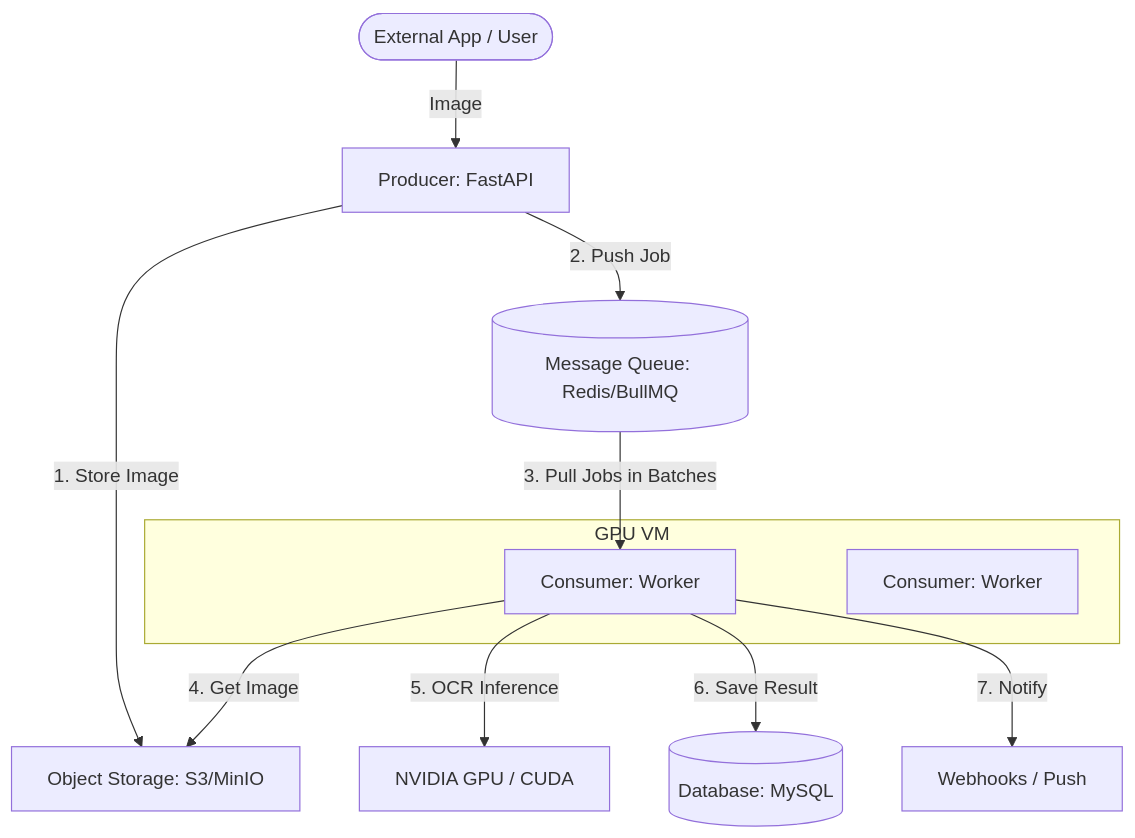
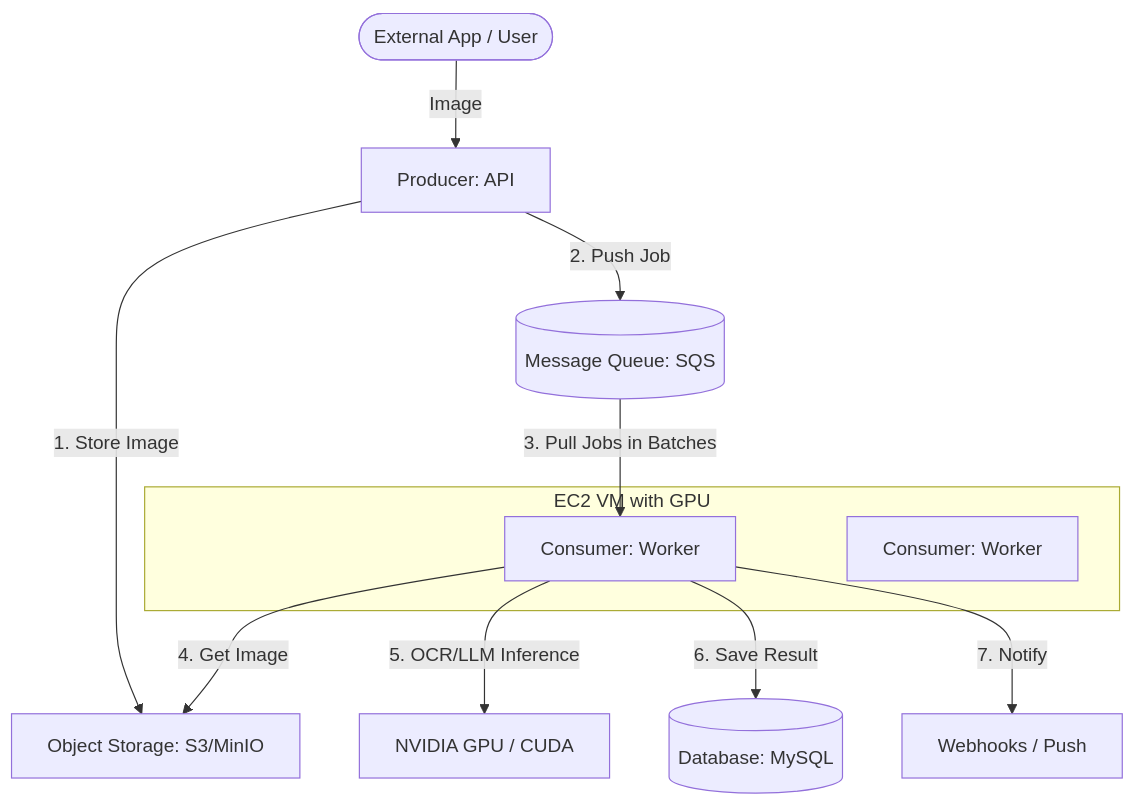
Before and after one commit to unilewis/claude-pod-recognize: the diagram in docs/architecture.md, drawn with Mermaid. The commit also changed 10 other files, not shown here.

````diff
--- a/docs/architecture.md
+++ b/docs/architecture.md
@@ -7,18 +7,18 @@
 ```mermaid
 graph TD
-    User([External App / User]) -->|Image| API[Producer: FastAPI]
+    User([External App / User]) -->|Image| API[Producer: API]
     API -->|1. Store Image| S3[Object Storage: S3/MinIO]
-    API -->|2. Push Job| Queue[(Message Queue: Redis/BullMQ)]
+    API -->|2. Push Job| Queue[(Message Queue: SQS)]
 
-    subgraph "GPU VM"
+    subgraph "EC2 VM with GPU"
         Worker[Consumer: Worker]
         W2[Consumer: Worker]
     end
 
     Queue -->|3. Pull Jobs in Batches| Worker
     Worker -->|4. Get Image| S3
-    Worker -->|5. OCR Inference| GPU[NVIDIA GPU / CUDA]
+    Worker -->|5. OCR/LLM Inference| GPU[NVIDIA GPU / CUDA]
     Worker -->|6. Save Result| DB[(Database: MySQL)]
 
     Worker -->|7. Notify| Hooks[Webhooks / Push]
 ```
````
